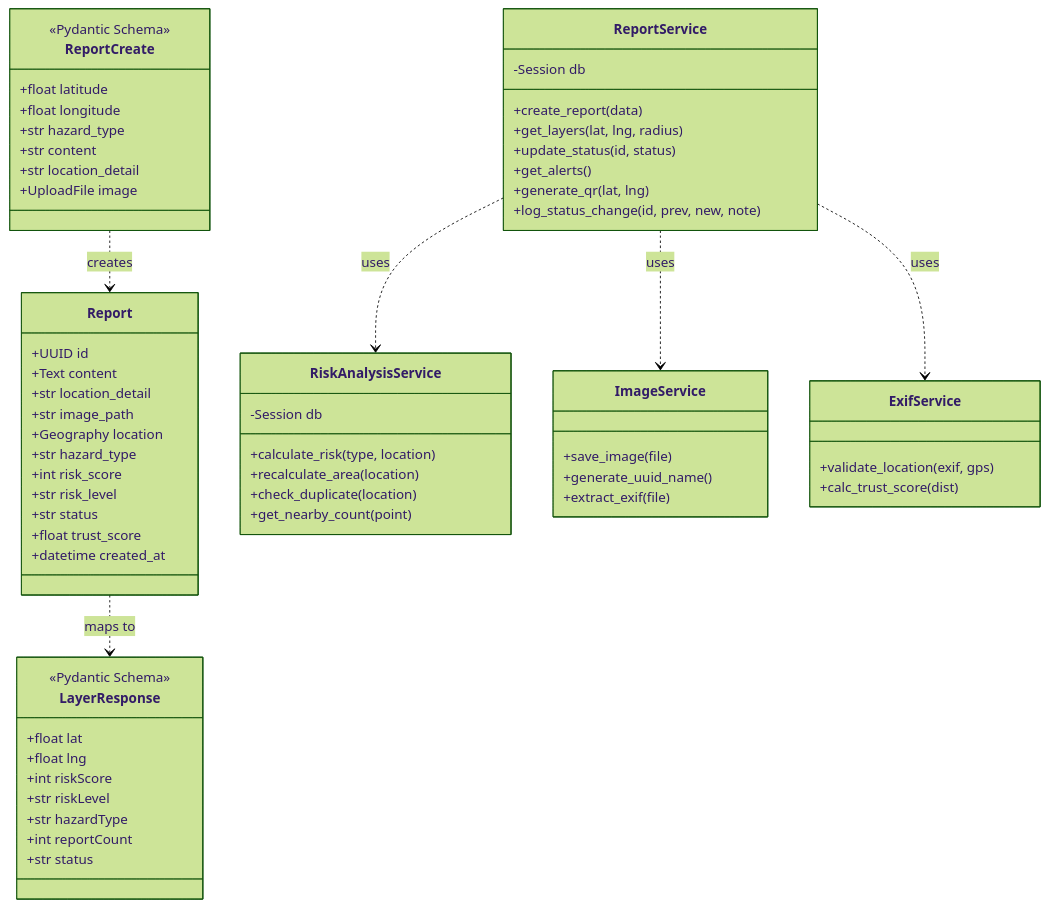
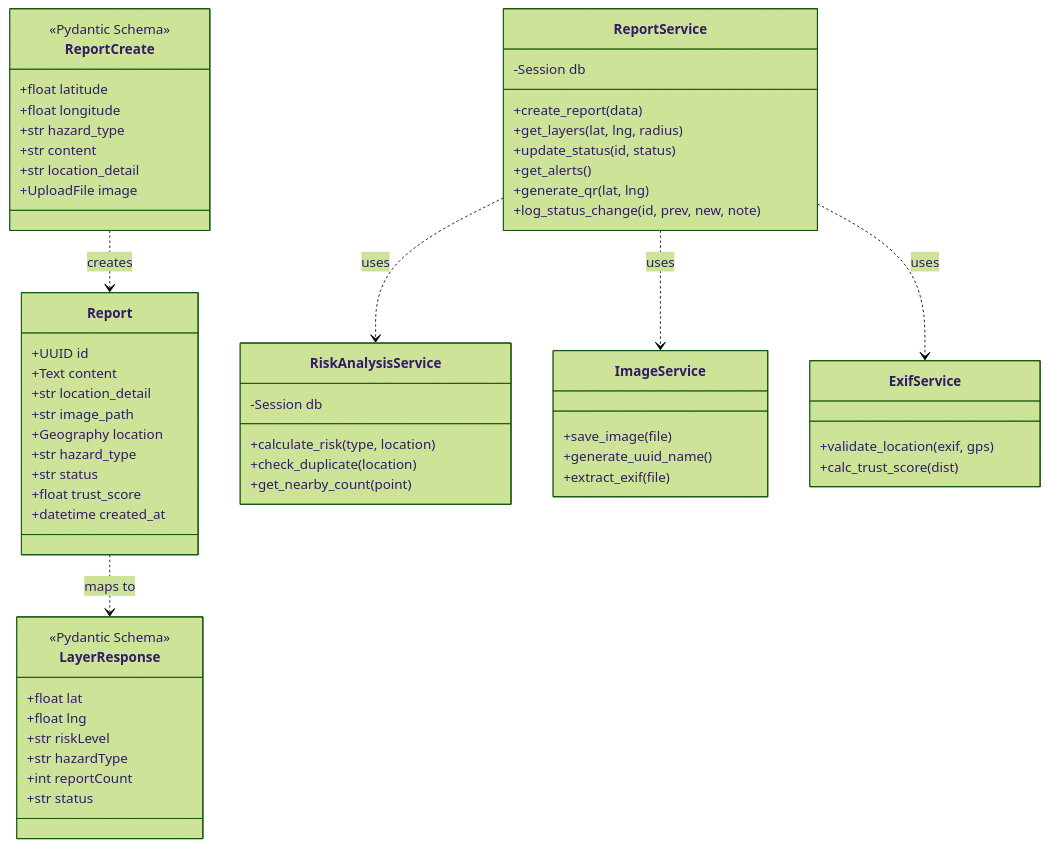
The fourth of 4 diagrams in docs/UML.md (Heinrich-Safety-Platform/heinrich-backend), drawn with Mermaid (forest theme) before and after one commit. The commit also changed other lines of this file and 4 other files, not shown here.

````diff
--- a/docs/UML.md
+++ b/docs/UML.md
@@ -91,72 +98,68 @@
 ```mermaid
 classDiagram
     class Report {
         +UUID id
         +Text content
         +str location_detail
         +str image_path
         +Geography location
         +str hazard_type
-        +int risk_score
-        +str risk_level
         +str status
         +float trust_score
         +datetime created_at
     }
 
     class ReportCreate {
         <<Pydantic Schema>>
         +float latitude
         +float longitude
         +str hazard_type
         +str content
         +str location_detail
         +UploadFile image
     }
 
     class LayerResponse {
         <<Pydantic Schema>>
         +float lat
         +float lng
-        +int riskScore
         +str riskLevel
         +str hazardType
         +int reportCount
         +str status
     }
 
     class RiskAnalysisService {
         -Session db
         +calculate_risk(type, location)
-        +recalculate_area(location)
         +check_duplicate(location)
         +get_nearby_count(point)
     }
 
     class ImageService {
         +save_image(file)
         +generate_uuid_name()
         +extract_exif(file)
     }
 
     class ExifService {
         +validate_location(exif, gps)
         +calc_trust_score(dist)
     }
 
     class ReportService {
         -Session db
         +create_report(data)
         +get_layers(lat, lng, radius)
         +update_status(id, status)
         +get_alerts()
         +generate_qr(lat, lng)
         +log_status_change(id, prev, new, note)
     }
 
     ReportService ..> RiskAnalysisService : uses
     ReportService ..> ImageService : uses
     ReportService ..> ExifService : uses
     ReportCreate ..> Report : creates
     Report ..> LayerResponse : maps to
 ```
````
